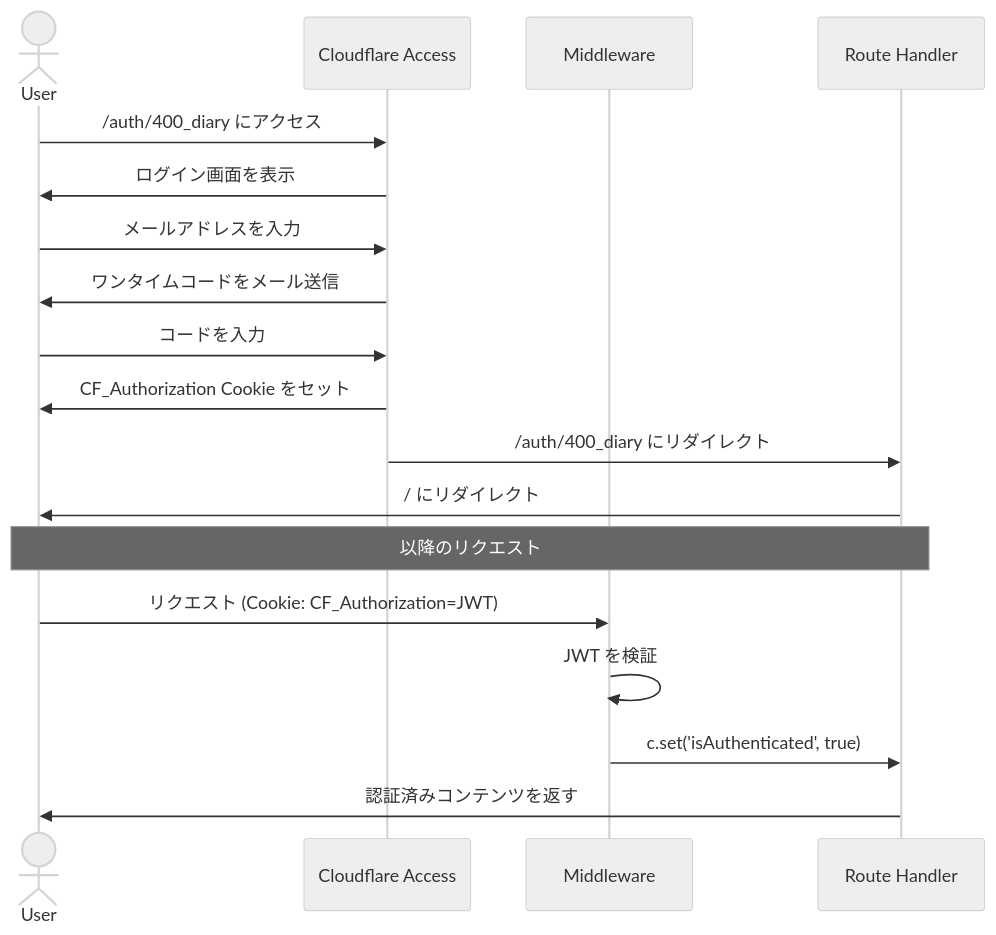
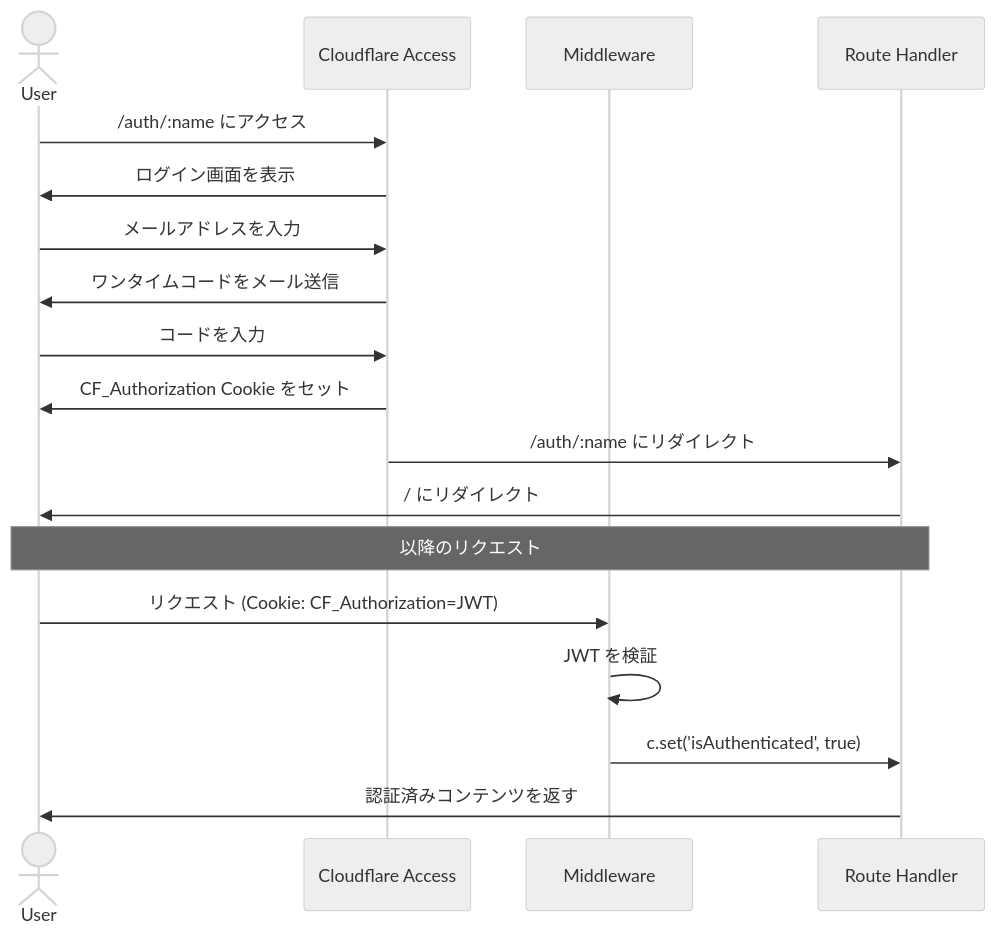
One commit to shimabox/400-diary changed the first of 3 diagrams in docs/architecture/authentication.md. Above: the diagram before and after it, drawn with Mermaid (neutral theme). The commit also changed other lines of this file and 6 other files, not shown here.

````diff
--- a/docs/architecture/authentication.md
+++ b/docs/architecture/authentication.md
@@ -9,23 +9,23 @@
 ```mermaid
 sequenceDiagram
     actor User
     participant CF as Cloudflare Access
     participant MW as Middleware
     participant Route as Route Handler
 
-    User->>CF: /auth/400_diary にアクセス
+    User->>CF: /auth/:name にアクセス
     CF->>User: ログイン画面を表示
     User->>CF: メールアドレスを入力
     CF->>User: ワンタイムコードをメール送信
     User->>CF: コードを入力
     CF->>User: CF_Authorization Cookie をセット
-    CF->>Route: /auth/400_diary にリダイレクト
+    CF->>Route: /auth/:name にリダイレクト
     Route->>User: / にリダイレクト
 
     Note over User,Route: 以降のリクエスト
 
     User->>MW: リクエスト (Cookie: CF_Authorization=JWT)
     MW->>MW: JWT を検証
     MW->>Route: c.set('isAuthenticated', true)
     Route->>User: 認証済みコンテンツを返す
 ```
````
